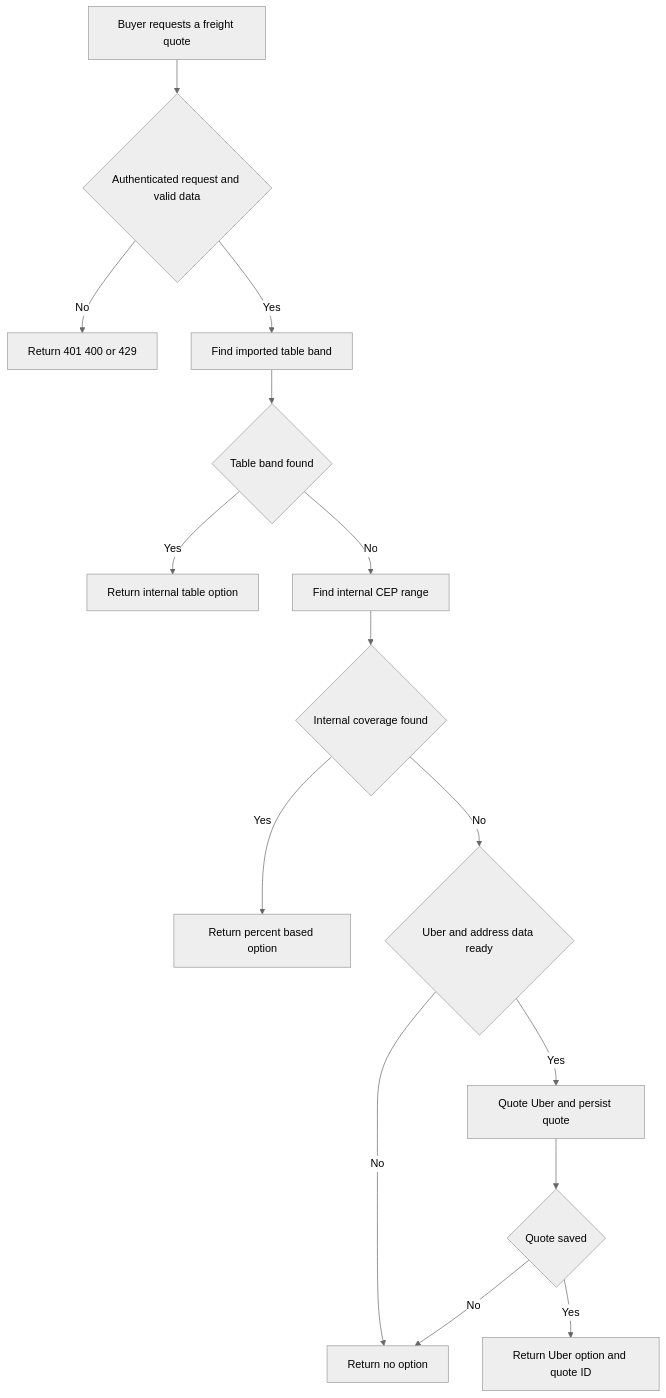
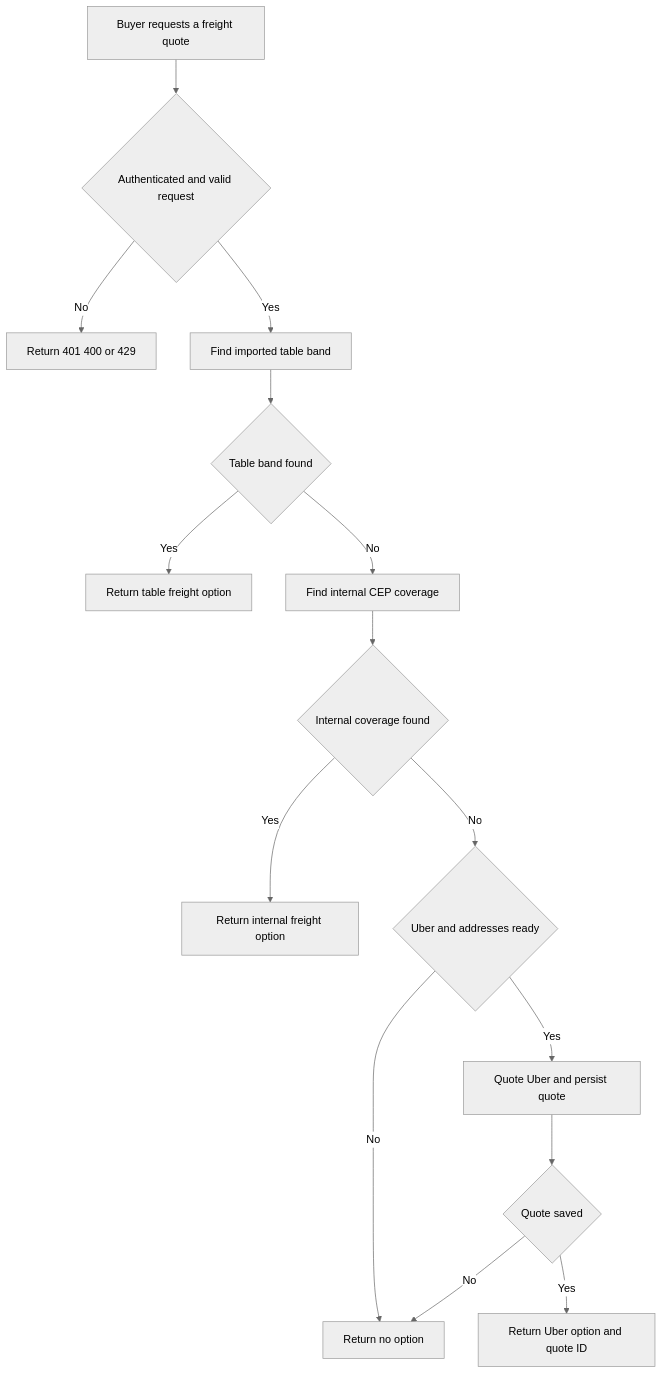
One commit to Schneider-Gr/industria24hIA changed the first of 2 diagrams in openwiki/workflows/fulfillment-and-logistics.md. Above: the diagram before and after it, drawn with Mermaid (neutral theme). The commit also changed other lines of this file and 34 other files, not shown here.

````diff
--- a/openwiki/workflows/fulfillment-and-logistics.md
+++ b/openwiki/workflows/fulfillment-and-logistics.md
@@ -75,17 +81,17 @@
 ```mermaid
 flowchart TD
-    Request["Buyer requests a freight quote"] --> Valid{"Authenticated request and valid data"}
+    Request["Buyer requests a freight quote"] --> Valid{"Authenticated and valid request"}
     Valid -- No --> Reject["Return 401 400 or 429"]
     Valid -- Yes --> Table["Find imported table band"]
-    Table --> FoundTable{"Table band found"}
-    FoundTable -- Yes --> ReturnTable["Return internal table option"]
-    FoundTable -- No --> Internal["Find internal CEP range"]
-    Internal --> FoundInternal{"Internal coverage found"}
-    FoundInternal -- Yes --> ReturnInternal["Return percent based option"]
-    FoundInternal -- No --> Ready{"Uber and address data ready"}
+    Table --> TableFound{"Table band found"}
+    TableFound -- Yes --> TableOption["Return table freight option"]
+    TableFound -- No --> Internal["Find internal CEP coverage"]
+    Internal --> InternalFound{"Internal coverage found"}
+    InternalFound -- Yes --> InternalOption["Return internal freight option"]
+    InternalFound -- No --> Ready{"Uber and addresses ready"}
     Ready -- No --> Empty["Return no option"]
     Ready -- Yes --> Quote["Quote Uber and persist quote"]
     Quote --> Saved{"Quote saved"}
-    Saved -- Yes --> ReturnUber["Return Uber option and quote ID"]
+    Saved -- Yes --> UberOption["Return Uber option and quote ID"]
     Saved -- No --> Empty
 ```
````
